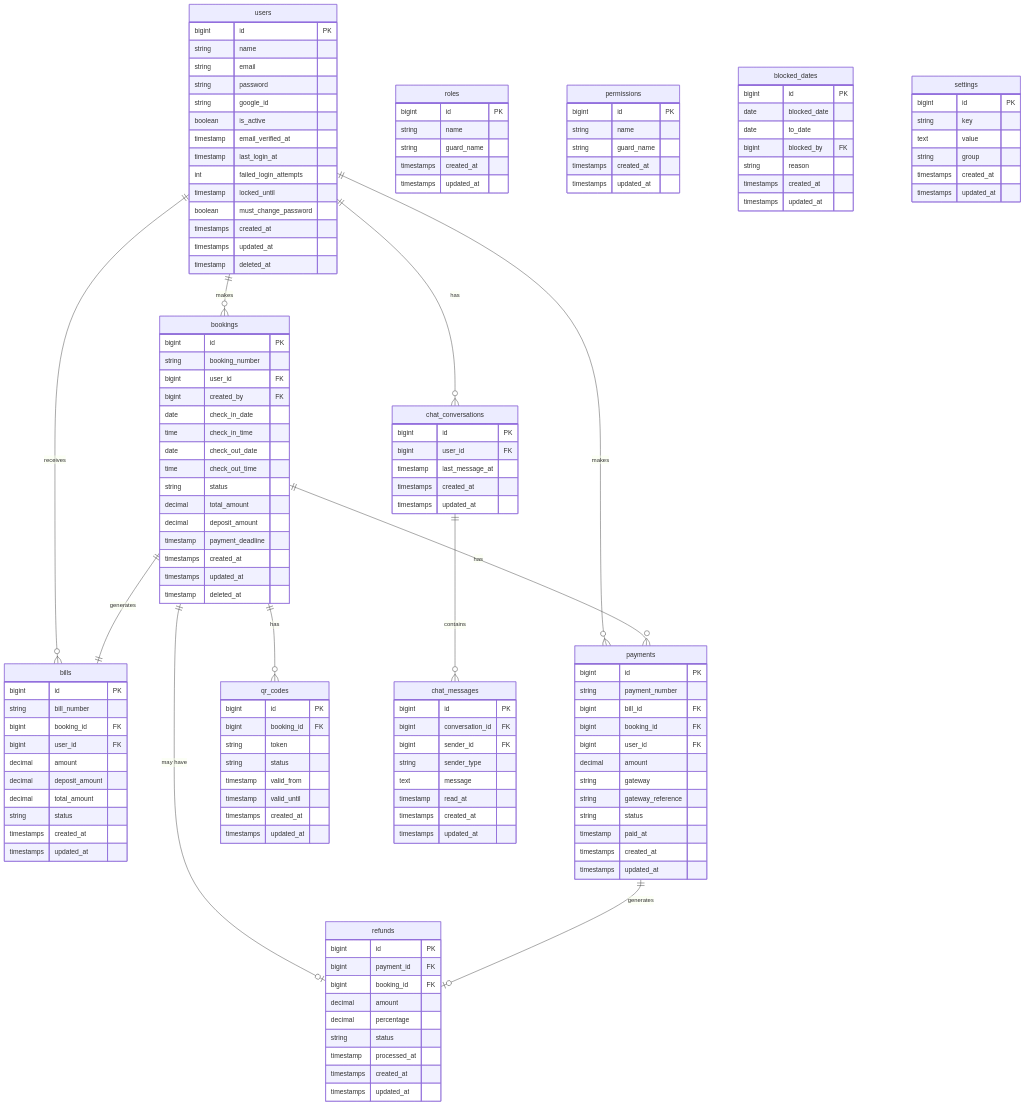
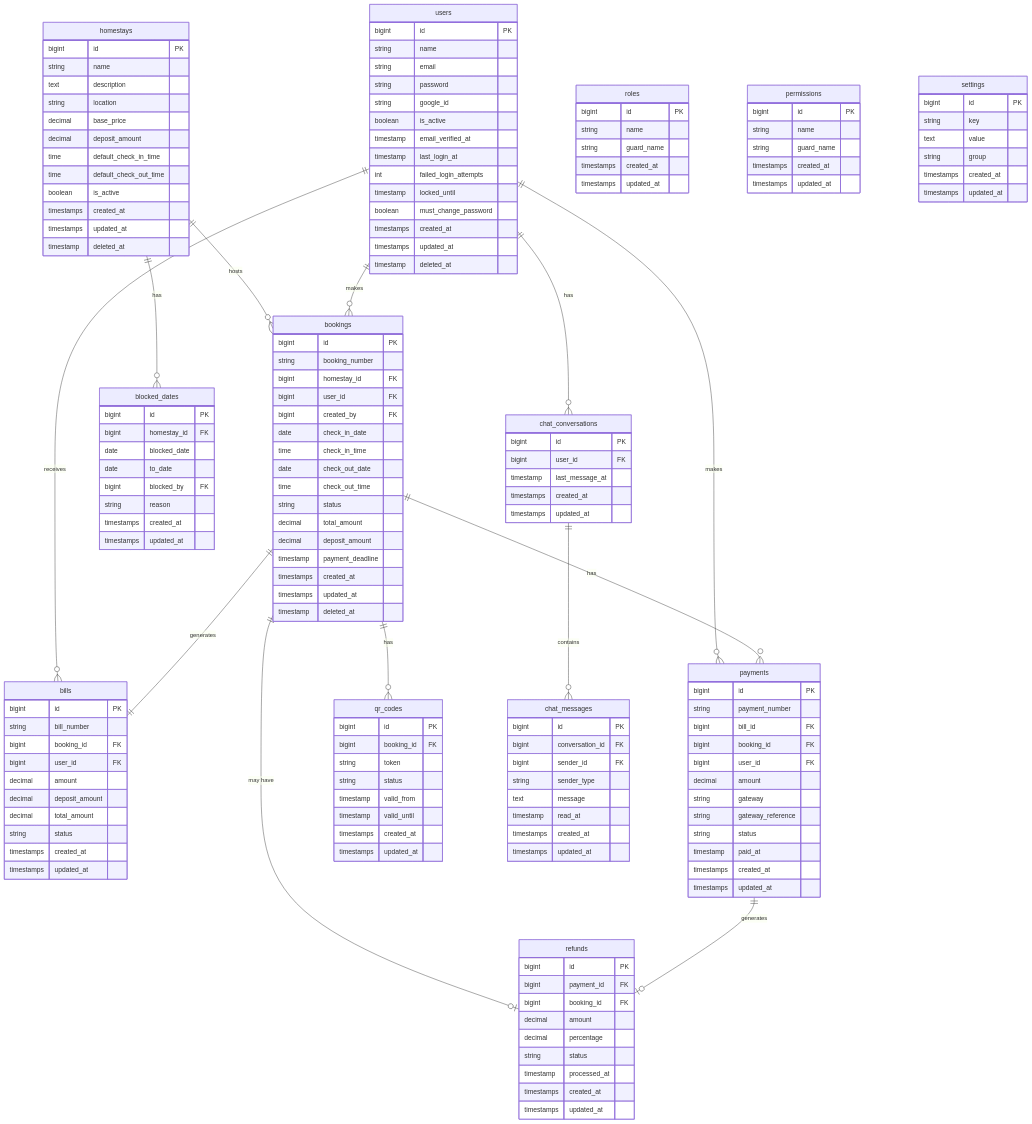
Before and after one commit to aisyahumairah/HomeLodge-Doc: the diagram in docs/dev/DB_SCHEMA.md, drawn with Mermaid. The commit also changed other lines of this file and 3 other files, not shown here.

````diff
--- a/docs/dev/DB_SCHEMA.md
+++ b/docs/dev/DB_SCHEMA.md
@@ -48,5 +48,20 @@
 ```mermaid
 erDiagram
+    homestays {
+        bigint id PK
+        string name
+        text description
+        string location
+        decimal base_price
+        decimal deposit_amount
+        time default_check_in_time
+        time default_check_out_time
+        boolean is_active
+        timestamps created_at
+        timestamps updated_at
+        timestamp deleted_at
+    }
+
     users {
         bigint id PK
         string name
@@ -83,6 +98,7 @@
     bookings {
         bigint id PK
         string booking_number
+        bigint homestay_id FK
         bigint user_id FK
         bigint created_by FK
         date check_in_date
@@ -140,6 +156,7 @@
 
     blocked_dates {
         bigint id PK
+        bigint homestay_id FK
         date blocked_date
         date to_date
         bigint blocked_by FK
@@ -187,6 +204,8 @@
         timestamps updated_at
     }
 
+    homestays ||--o{ bookings : "hosts"
+    homestays ||--o{ blocked_dates : "has"
     users ||--o{ bookings : "makes"
     users ||--o{ bills : "receives"
     users ||--o{ payments : "makes"
````
